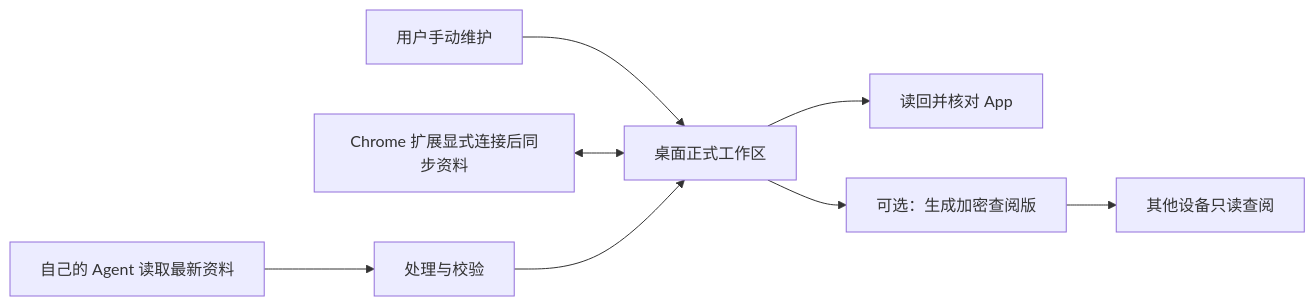
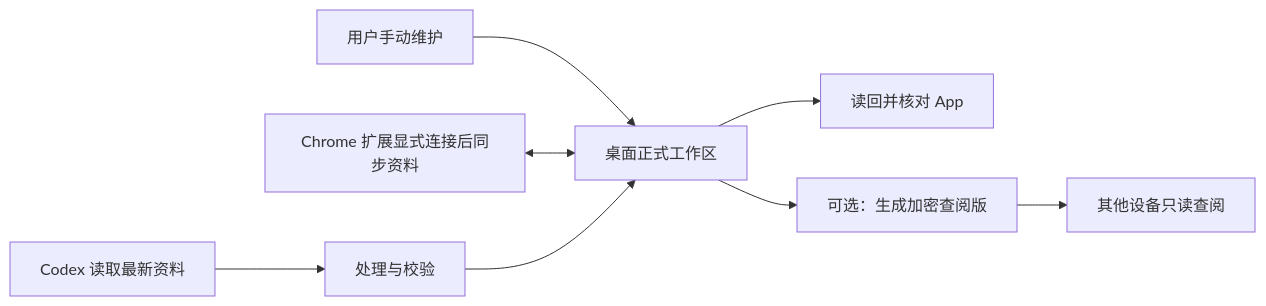
The diagram in docs/使用方案.md (chenyiwang325-droid/toudi-with-codex), drawn with Mermaid before and after one commit. The commit also changed other lines of this file and 142 other files, not shown here.

````diff
--- a/docs/使用方案.md
+++ b/docs/使用方案.md
@@ -20,10 +20,10 @@
 ```mermaid
 flowchart LR
   U[用户手动维护] --> W[桌面正式工作区]
   B[Chrome 扩展显式连接后同步资料] <--> W
-  A[自己的 Agent 读取最新资料] --> V[处理与校验]
+  A[Codex 读取最新资料] --> V[处理与校验]
   V --> W
   W --> R[读回并核对 App]
   W --> P[可选：生成加密查阅版]
   P --> S[其他设备只读查阅]
 ```
````
